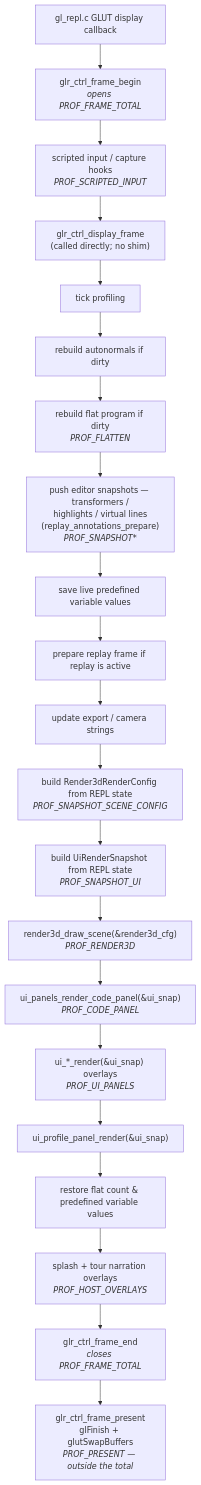
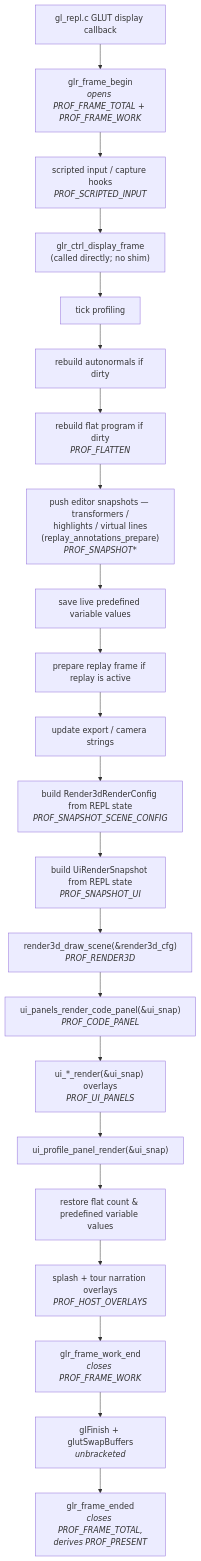
Before and after one commit to drewwoods/gl-repl: the first of 2 diagrams in docs/ARCHITECTURE.md, drawn with Mermaid. The commit also changed other lines of this file and 15 other files, not shown here.

````diff
--- a/docs/ARCHITECTURE.md
+++ b/docs/ARCHITECTURE.md
@@ -130,23 +131,24 @@
 ```mermaid
 flowchart TD
-    cb["gl_repl.c GLUT display callback"] --> fb["glr_ctrl_frame_begin<br/><i>opens PROF_FRAME_TOTAL</i>"]
+    cb["gl_repl.c GLUT display callback"] --> fb["glr_frame_begin<br/><i>opens PROF_FRAME_TOTAL + PROF_FRAME_WORK</i>"]
     fb --> si["scripted input / capture hooks<br/><i>PROF_SCRIPTED_INPUT</i>"]
     si --> frame["glr_ctrl_display_frame<br/>(called directly; no shim)"]
     frame --> s1["tick profiling"]
     s1 --> s2["rebuild autonormals if dirty"]
     s2 --> s3["rebuild flat program if dirty<br/><i>PROF_FLATTEN</i>"]
     s3 --> s4["push editor snapshots — transformers /<br/>highlights / virtual lines<br/>(replay_annotations_prepare)<br/><i>PROF_SNAPSHOT*</i>"]
     s4 --> s5["save live predefined variable values"]
     s5 --> s6["prepare replay frame if replay is active"]
     s6 --> s7["update export / camera strings"]
     s7 --> s8["build Render3dRenderConfig from REPL state<br/><i>PROF_SNAPSHOT_SCENE_CONFIG</i>"]
     s8 --> s9["build UiRenderSnapshot from REPL state<br/><i>PROF_SNAPSHOT_UI</i>"]
     s9 --> s10["render3d_draw_scene(&render3d_cfg)<br/><i>PROF_RENDER3D</i>"]
     s10 --> s11["ui_panels_render_code_panel(&ui_snap)<br/><i>PROF_CODE_PANEL</i>"]
     s11 --> s12["ui_*_render(&ui_snap) overlays<br/><i>PROF_UI_PANELS</i>"]
     s12 --> s13["ui_profile_panel_render(&ui_snap)"]
     s13 --> s14["restore flat count & predefined variable values"]
     s14 --> h1["splash + tour narration overlays<br/><i>PROF_HOST_OVERLAYS</i>"]
-    h1 --> fe["glr_ctrl_frame_end<br/><i>closes PROF_FRAME_TOTAL</i>"]
-    fe --> h2["glr_ctrl_frame_present<br/>glFinish + glutSwapBuffers<br/><i>PROF_PRESENT — outside the total</i>"]
+    h1 --> fe["glr_frame_work_end<br/><i>closes PROF_FRAME_WORK</i>"]
+    fe --> h2["glFinish + glutSwapBuffers<br/><i>unbracketed</i>"]
+    h2 --> fx["glr_frame_ended<br/><i>closes PROF_FRAME_TOTAL,<br/>derives PROF_PRESENT</i>"]
 ```
````
